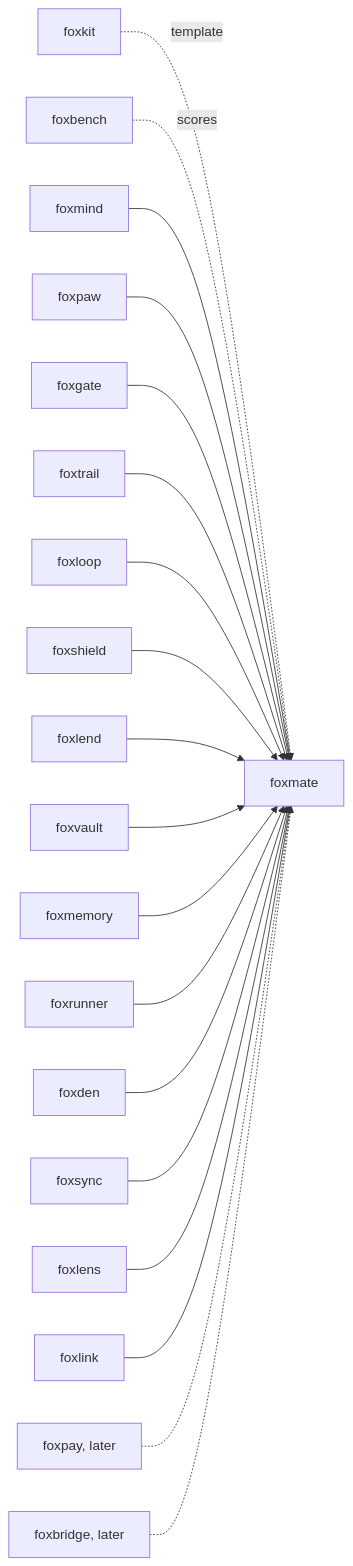
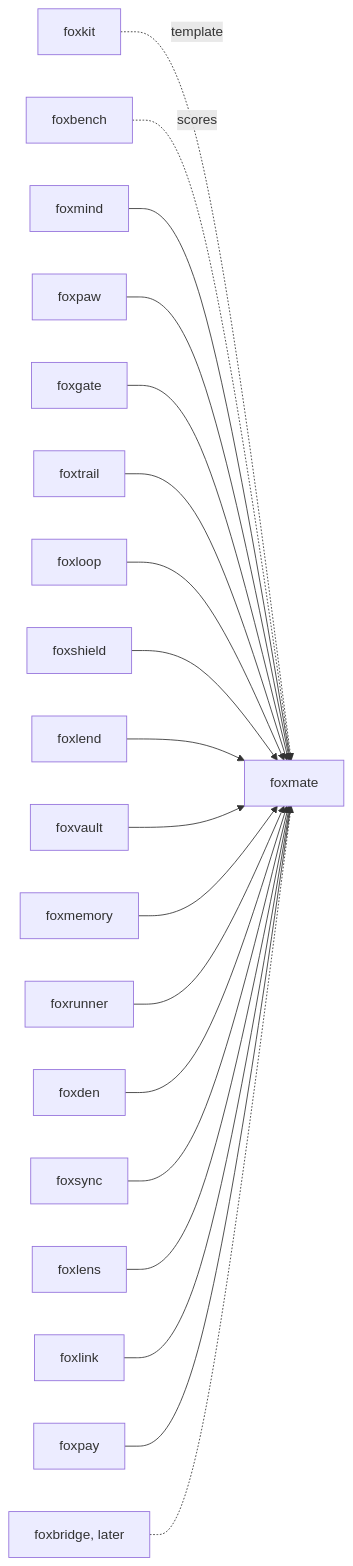
The third of 3 diagrams in README.md (pooriaarab/foxmate), drawn with Mermaid before and after one commit. The commit also changed other lines of this file and 15 other files, not shown here.

````diff
--- a/README.md
+++ b/README.md
@@ -383,40 +398,40 @@
 ```mermaid
 flowchart LR
   foxkit[foxkit] -.->|template| foxmate
   foxbench[foxbench] -.->|scores| foxmate
   foxmind[foxmind] --> foxmate[foxmate]
   foxpaw[foxpaw] --> foxmate
   foxgate[foxgate] --> foxmate
   foxtrail[foxtrail] --> foxmate
   foxloop[foxloop] --> foxmate
   foxshield[foxshield] --> foxmate
   foxlend[foxlend] --> foxmate
   foxvault[foxvault] --> foxmate
   foxmemory[foxmemory] --> foxmate
   foxrunner[foxrunner] --> foxmate
   foxden[foxden] --> foxmate
   foxsync[foxsync] --> foxmate
   foxlens[foxlens] --> foxmate
   foxlink[foxlink] --> foxmate
-  foxpay[foxpay, later] -.-> foxmate
+  foxpay[foxpay] --> foxmate
   foxbridge[foxbridge, later] -.-> foxmate
   click foxkit "https://github.com/pooriaarab/foxkit"
   click foxbench "https://github.com/pooriaarab/foxbench"
   click foxmind "https://github.com/pooriaarab/foxmind"
   click foxpaw "https://github.com/pooriaarab/foxpaw"
   click foxgate "https://github.com/pooriaarab/foxgate"
   click foxtrail "https://github.com/pooriaarab/foxtrail"
   click foxloop "https://github.com/pooriaarab/foxloop"
   click foxshield "https://github.com/pooriaarab/foxshield"
   click foxlend "https://github.com/pooriaarab/foxlend"
   click foxvault "https://github.com/pooriaarab/foxvault"
   click foxmemory "https://github.com/pooriaarab/foxmemory"
   click foxrunner "https://github.com/pooriaarab/foxrunner"
   click foxden "https://github.com/pooriaarab/foxden"
   click foxsync "https://github.com/pooriaarab/foxsync"
   click foxlens "https://github.com/pooriaarab/foxlens"
   click foxlink "https://github.com/pooriaarab/foxlink"
   click foxpay "https://github.com/pooriaarab/foxpay"
   click foxbridge "https://github.com/pooriaarab/foxbridge"
   click foxmate "https://github.com/pooriaarab/foxmate"
 ```
````
